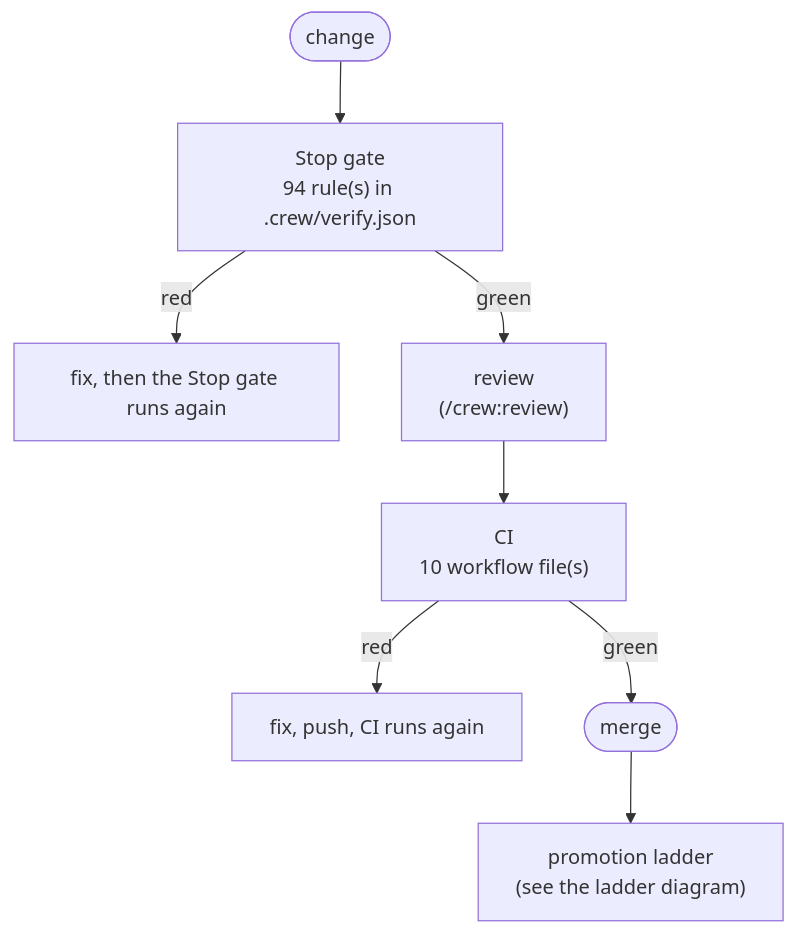
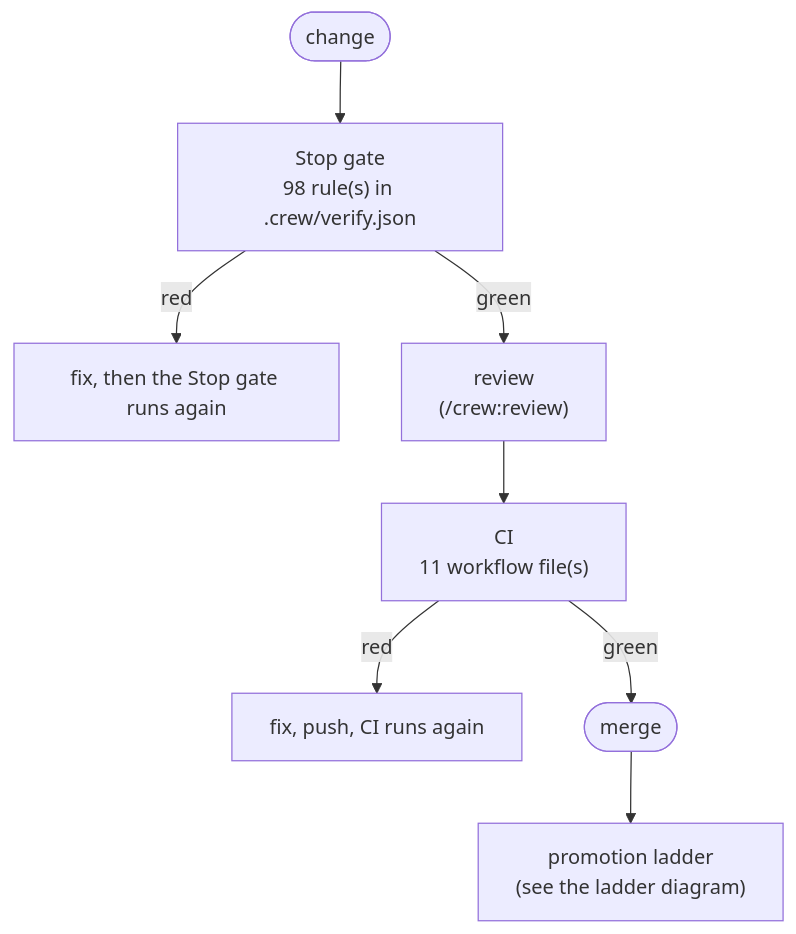
One commit to mbadali25/useful-claude-add-ons changed diagram 36 of 38 in docs/diagrams/README.md. Above: the diagram before and after it, drawn with Mermaid. The commit also changed other lines of this file and 29 other files, not shown here.

First line of the commit message:
L-0850: docs and artifact refresh (codemap, rules, diagrams, graph, README and SECURITY.md for the 36 to 16 hooks.json change); docs/refresh only, no code (owner waiver 2026-10-20)

````diff
--- a/docs/diagrams/README.md
+++ b/docs/diagrams/README.md
@@ -1346,11 +1346,11 @@
 ```mermaid
 flowchart TD
-  edit(["change"]) --> stop["Stop gate<br/>94 rule(s) in .crew/verify.json"]
+  edit(["change"]) --> stop["Stop gate<br/>98 rule(s) in .crew/verify.json"]
   stop -->|red| fix1["fix, then the Stop gate runs again"]
   stop -->|green| review["review<br/>(/crew:review)"]
-  review --> ci["CI<br/>10 workflow file(s)"]
+  review --> ci["CI<br/>11 workflow file(s)"]
   ci -->|red| fix2["fix, push, CI runs again"]
   ci -->|green| merge(["merge"])
   merge --> ladder["promotion ladder<br/>(see the ladder diagram)"]
   classDef gap stroke:#c0392b,stroke-width:2px,stroke-dasharray:4 3
 ```
````
